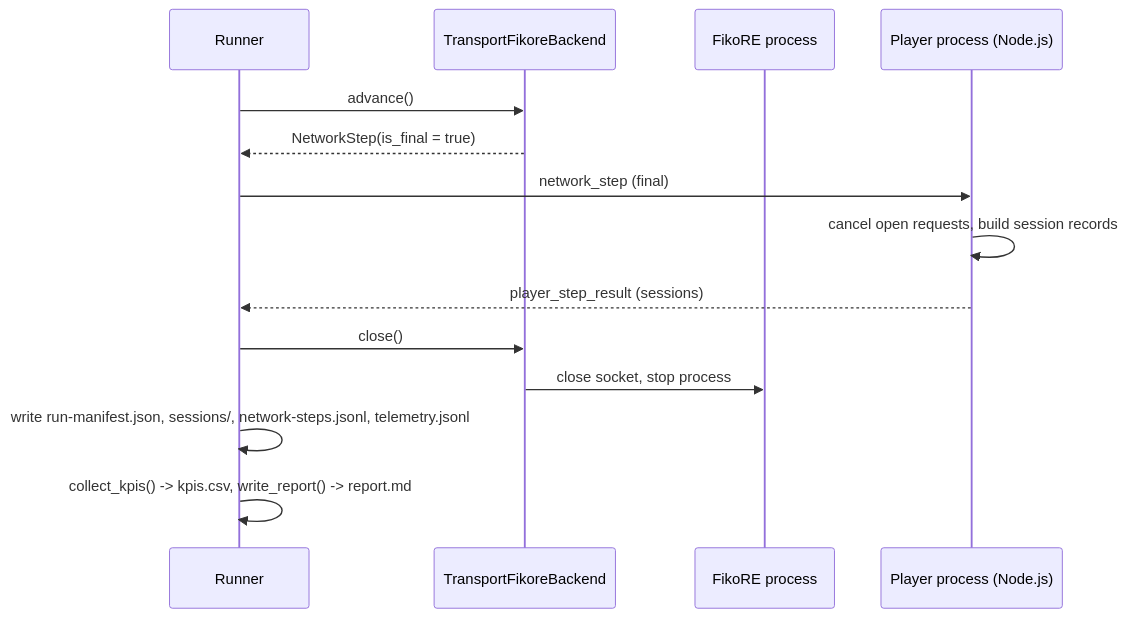
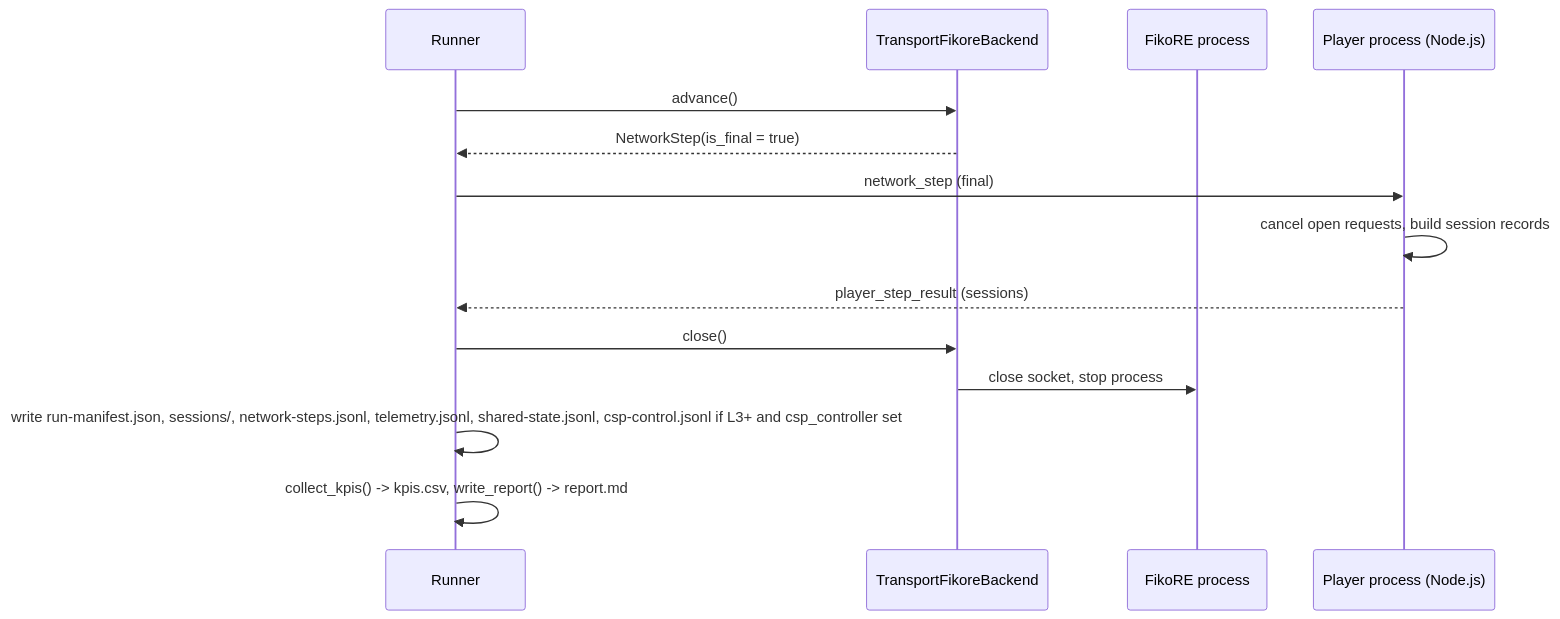
Before and after one commit to VQEG/cap-csp-collaboration-test-pilot: the third of 5 diagrams in docs/architecture.md, drawn with Mermaid. The commit also changed other lines of this file and 35 other files, not shown here.

````diff
--- a/docs/architecture.md
+++ b/docs/architecture.md
@@ -123,16 +124,16 @@
 ```mermaid
 sequenceDiagram
     participant R as Runner
     participant B as TransportFikoreBackend
     participant F as FikoRE process
     participant P as Player process (Node.js)
     R->>B: advance()
     B-->>R: NetworkStep(is_final = true)
     R->>P: network_step (final)
     P->>P: cancel open requests, build session records
     P-->>R: player_step_result (sessions)
     R->>B: close()
     B->>F: close socket, stop process
-    R->>R: write run-manifest.json, sessions/, network-steps.jsonl, telemetry.jsonl
+    R->>R: write run-manifest.json, sessions/, network-steps.jsonl, telemetry.jsonl, shared-state.jsonl, csp-control.jsonl if L3+ and csp_controller set
     R->>R: collect_kpis() -> kpis.csv, write_report() -> report.md
 ```
````
